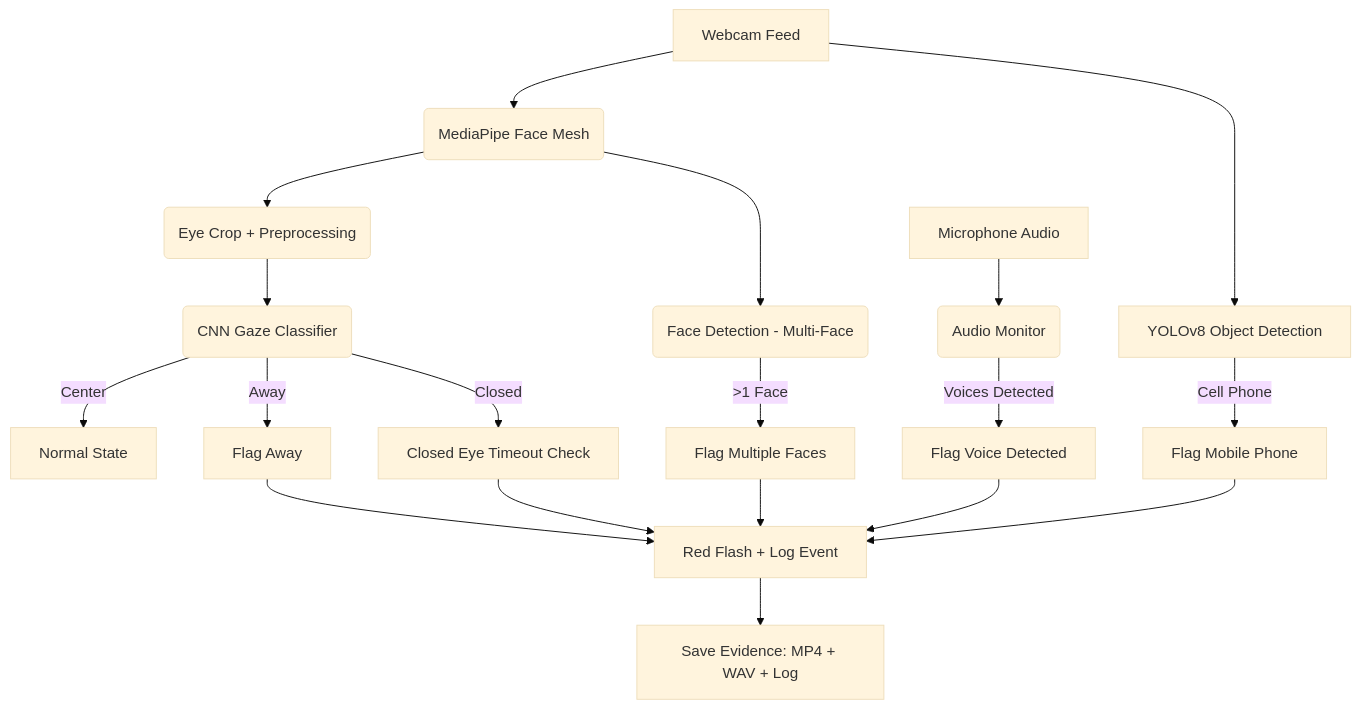
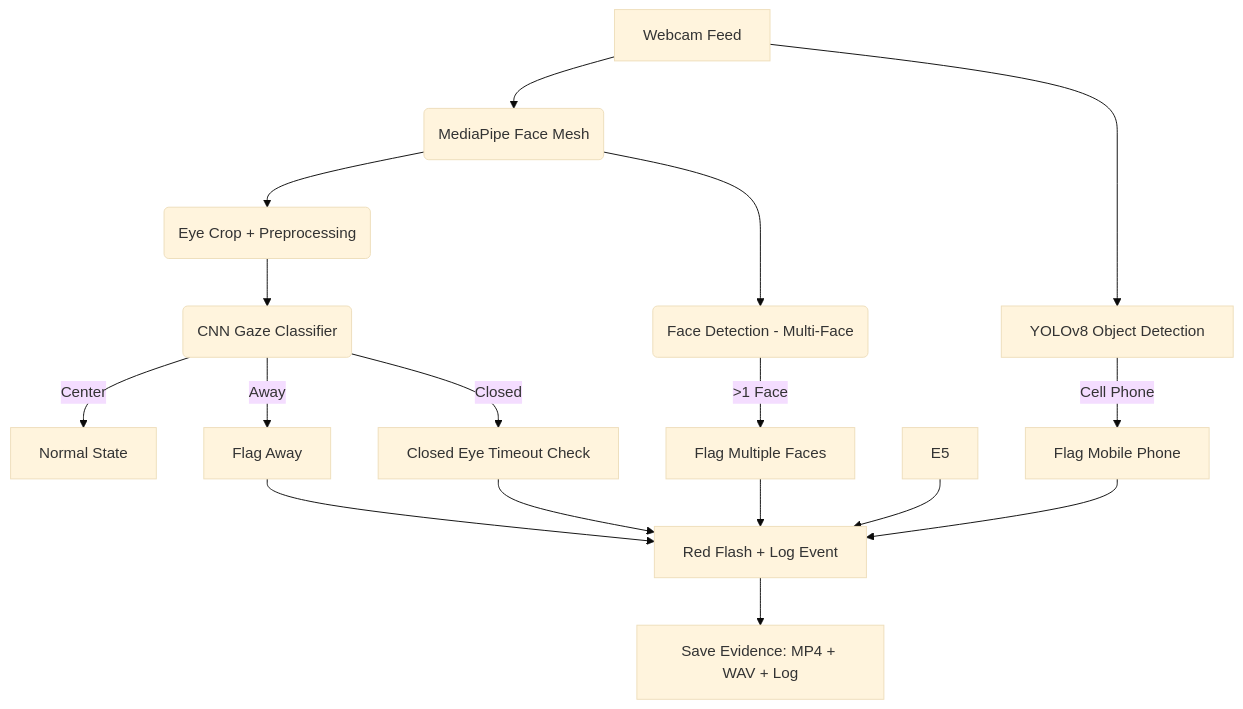
Before and after one commit to Vatsy05/Gaze_exam_proctor: the diagram in README.md, drawn with Mermaid (base theme). The commit also changed other lines of this file, not shown here.

````diff
--- a/README.md
+++ b/README.md
@@ -100,27 +91,26 @@
 ```mermaid
 flowchart TD
     A[Webcam Feed] --> B(MediaPipe Face Mesh)
     B --> C(Eye Crop + Preprocessing)
     C --> D(CNN Gaze Classifier)
     D -->|Center| E1[Normal State]
     D -->|Away| E2[Flag Away]
     D -->|Closed| E3[Closed Eye Timeout Check]
 
     B --> F(Face Detection - Multi-Face)
     F -->|>1 Face| E4[Flag Multiple Faces]
 
-    H[Microphone Audio] --> I(Audio Monitor)
-    I -->|Voices Detected| E5[Flag Voice Detected]
+  
 
     A --> J[YOLOv8 Object Detection]
     J -->|Cell Phone| E6[Flag Mobile Phone]
 
     E2 --> K[Red Flash + Log Event]
     E3 --> K
     E4 --> K
     E5 --> K
     E6 --> K
 
     K --> L[Save Evidence: MP4 + WAV + Log]
 
 ```
````
